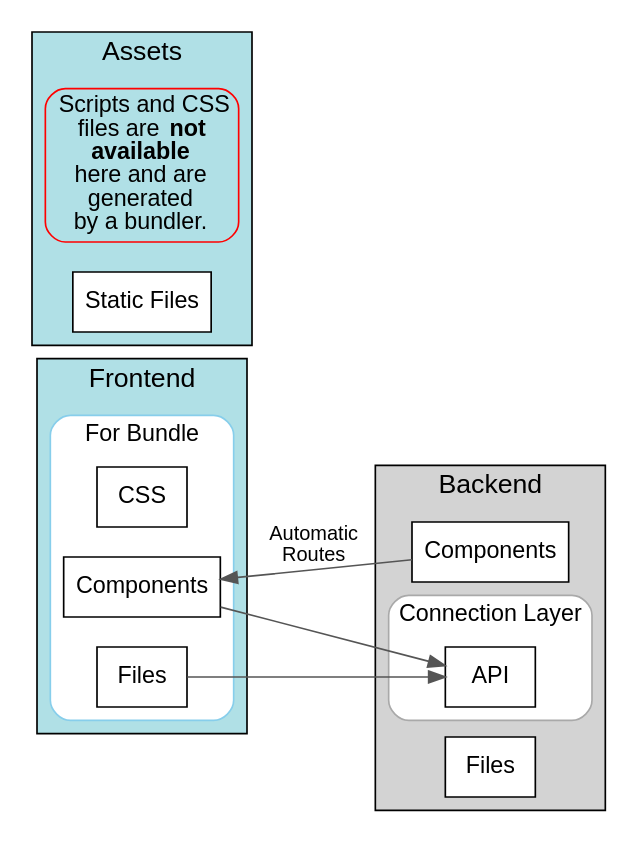
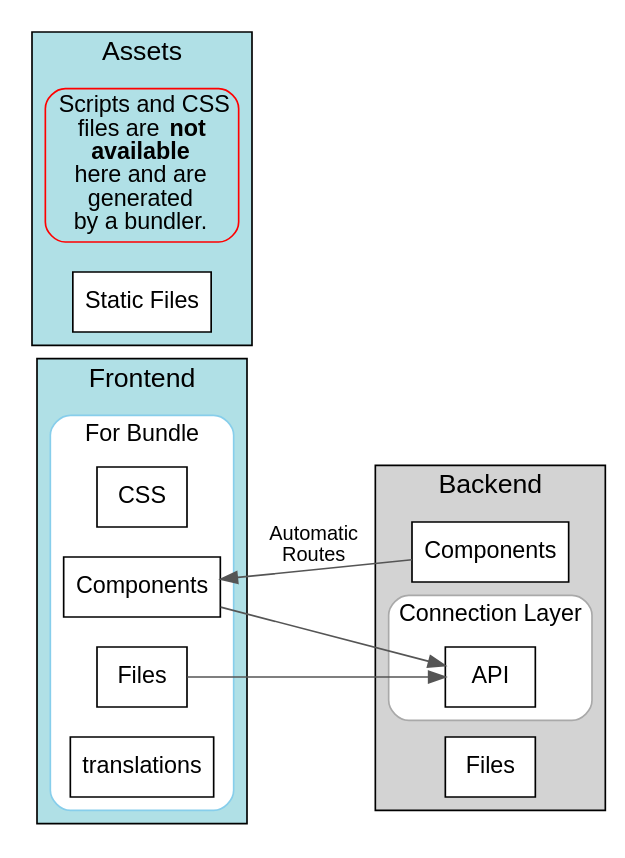
The diagram in docs/graph.dot (hviana/faster_react_core), drawn with Graphviz before and after one commit. The commit also changed 1 other file, not shown here.

```diff
--- a/docs/graph.dot
+++ b/docs/graph.dot
@@ -1,62 +1,63 @@
 digraph G {
     rankdir="LR";
     bgcolor="white";
     fontname="Arial";
 
     node [fontname="Arial", shape=box, style=filled, fillcolor="white"];
     edge [fontname="Arial", color="#555555"];
 
     // Backend cluster
     subgraph cluster_backend {
         style=filled;
         fillcolor="#D3D3D3";
         label="Backend";
         fontsize=16;
 
         // Connection Layer subcluster
         subgraph cluster_connection {
             style=rounded;
             color="#A9A9A9";
             label="Connection Layer";
             fontsize=14;
             api [label="API", fillcolor="#FFFFFF"];
         }
 
         components [label="Components"];
         files [label="Files"];
     }
 
     // Assets cluster
     subgraph cluster_assets {
         style=filled;
         fillcolor="#B0E0E6";
         label="Assets";
         fontsize=16;
         bundled [color="red", style=rounded, label=<Scripts and CSS<br/> files are <B>not<br/> available</B><br/> here and are<br/> generated<br/> by a bundler.>]
         static [label="Static Files"];
     }
 
     // Frontend cluster
     subgraph cluster_frontend {
         style=filled;
         fillcolor="#B0E0E6";
         label="Frontend";
         fontsize=16;
 
         // For Bundle subcluster
         subgraph cluster_bundle {
             style=rounded;
             color="#87CEEB";
             label="For Bundle";
             fontsize=14;
             css [label="CSS"];
             components_2 [label="Components"];
             files_2 [label="Files"];
+            translations [label="translations"];
         }
     }
 
     // Edges with labels
     components -> components_2 [label="Automatic\nRoutes", fontsize=12];
     components_2 -> api [fontsize=12];
     files_2 -> api [fontsize=12];
 }
```
